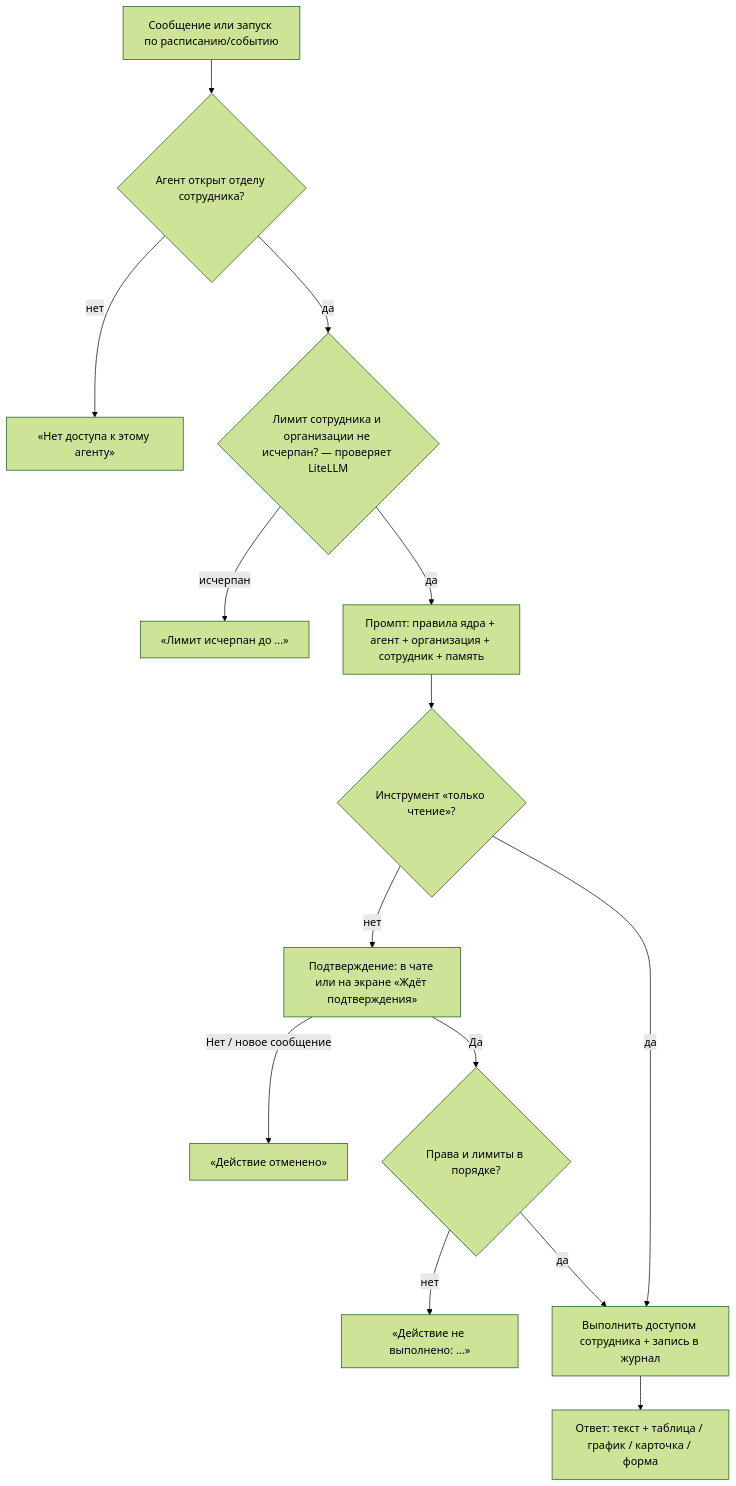
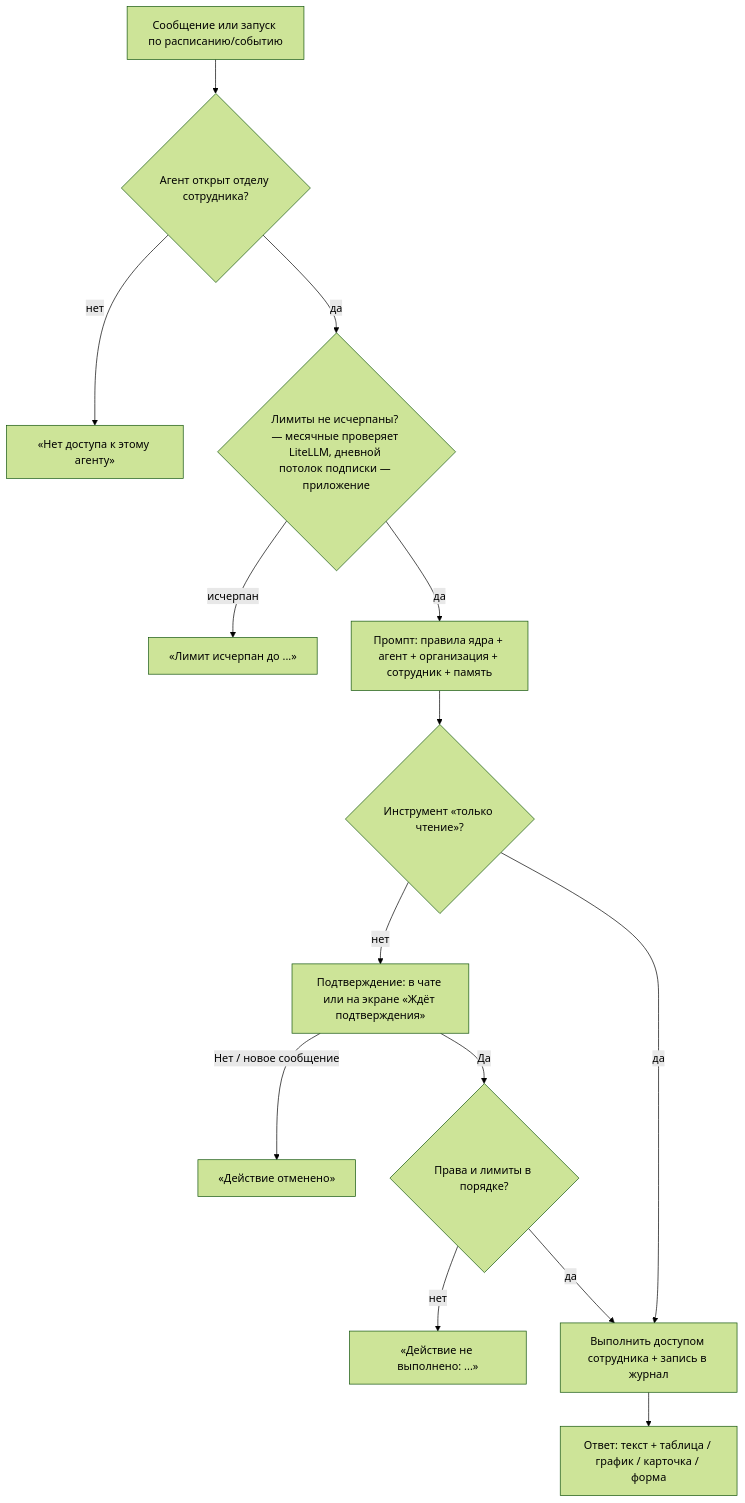
The first of 3 diagrams in docs/specs/[12.11.2026]-agent-base-architecture.md (nyxandro/basic-business-agent), drawn with Mermaid (forest theme) before and after one commit. The commit also changed other lines of this file, not shown here.

````diff
--- a/docs/specs/[12.11.2026]-agent-base-architecture.md
+++ b/docs/specs/[12.11.2026]-agent-base-architecture.md
@@ -197,16 +198,16 @@
 ```mermaid
 flowchart TD
   A[Сообщение или запуск по расписанию/событию] --> B{Агент открыт отделу сотрудника?}
   B -->|нет| X1[«Нет доступа к этому агенту»]
-  B -->|да| C{Лимит сотрудника и организации не исчерпан? — проверяет LiteLLM}
+  B -->|да| C{Лимиты не исчерпаны? — месячные проверяет LiteLLM, дневной потолок подписки — приложение}
   C -->|исчерпан| X2[«Лимит исчерпан до ...»]
   C -->|да| D[Промпт: правила ядра + агент + организация + сотрудник + память]
   D --> E{Инструмент «только чтение»?}
   E -->|нет| F[Подтверждение: в чате или на экране «Ждёт подтверждения»]
   F -->|Нет / новое сообщение| G[«Действие отменено»]
   F -->|Да| R{Права и лимиты в порядке?}
   R -->|нет| X4[«Действие не выполнено: ...»]
   R -->|да| H[Выполнить доступом сотрудника + запись в журнал]
   E -->|да| H
   H --> I[Ответ: текст + таблица / график / карточка / форма]
 ```
````
